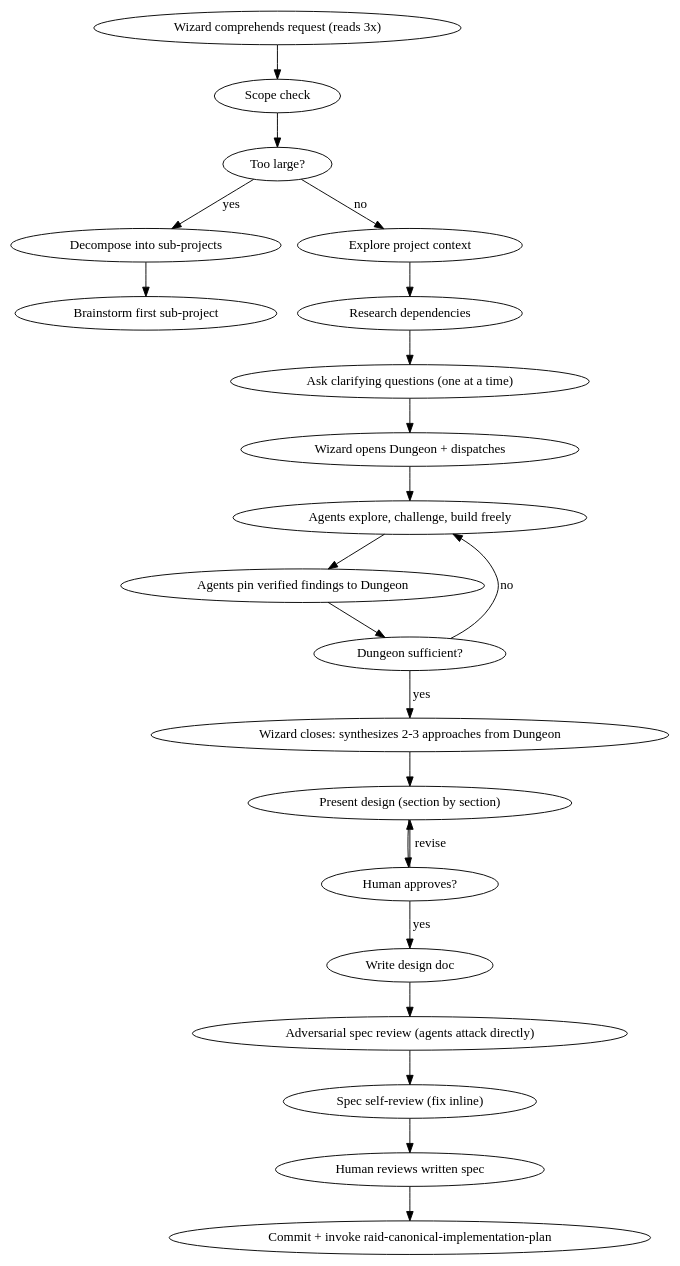
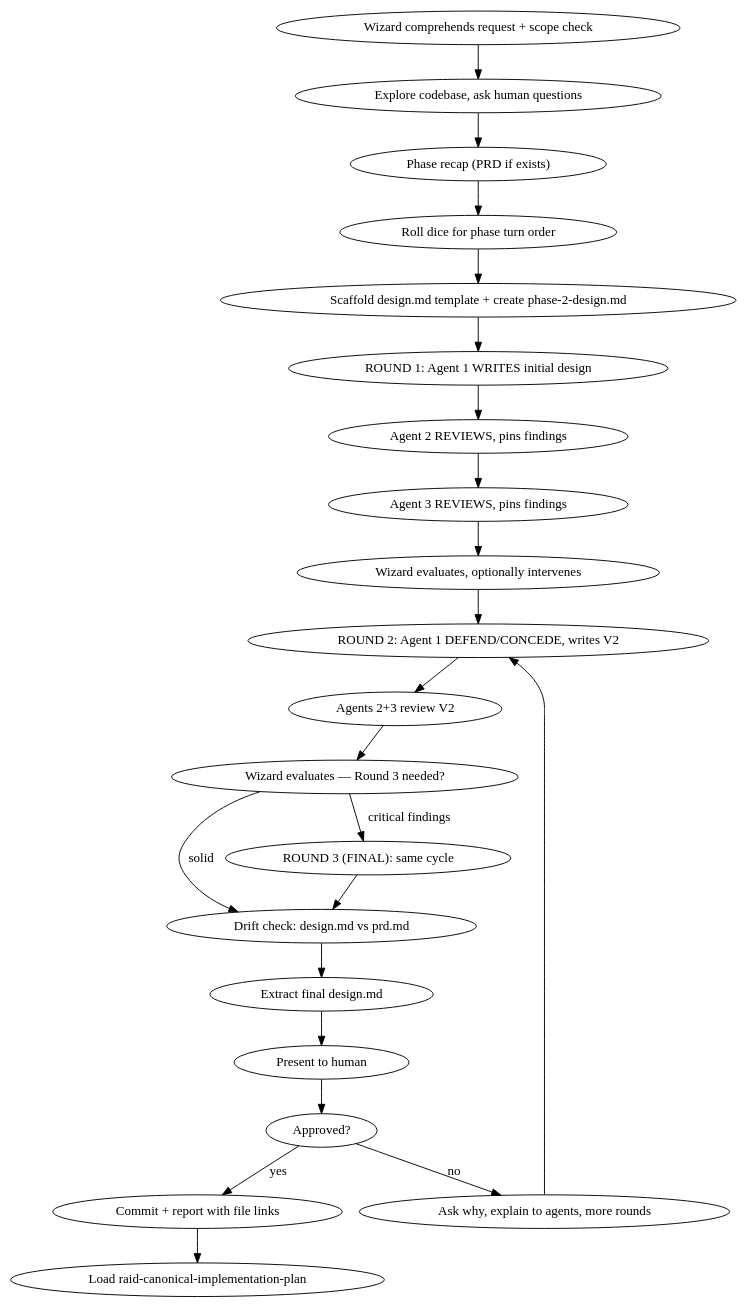
One commit to pedropicardi/claude-raid changed the diagram in template/.claude/skills/raid-canonical-design/SKILL.md. Above: the diagram before and after it, drawn with Graphviz. The commit also changed other lines of this file and 1 other file, not shown here.

Commit message:
feat(skills): update PRD and Design paths to phases/ and spoils/

````diff
--- a/template/.claude/skills/raid-canonical-design/SKILL.md
+++ b/template/.claude/skills/raid-canonical-design/SKILL.md
@@ -28,25 +22,24 @@
 ```dot
 digraph design {
-  "Wizard comprehends request (reads 3x)" -> "Scope check";
-  "Scope check" -> "Too large?" [shape=diamond];
-  "Too large?" -> "Decompose into sub-projects" [label="yes"];
-  "Decompose into sub-projects" -> "Brainstorm first sub-project";
-  "Too large?" -> "Explore project context" [label="no"];
-  "Explore project context" -> "Research dependencies";
-  "Research dependencies" -> "Ask clarifying questions (one at a time)";
-  "Ask clarifying questions (one at a time)" -> "Wizard opens Dungeon + dispatches";
-  "Wizard opens Dungeon + dispatches" -> "Agents explore, challenge, build freely";
-  "Agents explore, challenge, build freely" -> "Agents pin verified findings to Dungeon";
-  "Agents pin verified findings to Dungeon" -> "Dungeon sufficient?" [shape=diamond];
-  "Dungeon sufficient?" -> "Agents explore, challenge, build freely" [label="no"];
-  "Dungeon sufficient?" -> "Wizard closes: synthesizes 2-3 approaches from Dungeon" [label="yes"];
-  "Wizard closes: synthesizes 2-3 approaches from Dungeon" -> "Present design (section by section)";
-  "Present design (section by section)" -> "Human approves?" [shape=diamond];
-  "Human approves?" -> "Present design (section by section)" [label="revise"];
-  "Human approves?" -> "Write design doc" [label="yes"];
-  "Write design doc" -> "Adversarial spec review (agents attack directly)";
-  "Adversarial spec review (agents attack directly)" -> "Spec self-review (fix inline)";
-  "Spec self-review (fix inline)" -> "Human reviews written spec";
-  "Human reviews written spec" -> "Commit + invoke raid-canonical-implementation-plan" [shape=doublecircle];
+  "Wizard comprehends request + scope check" -> "Explore codebase, ask human questions";
+  "Explore codebase, ask human questions" -> "Phase recap (PRD if exists)";
+  "Phase recap (PRD if exists)" -> "Roll dice for phase turn order";
+  "Roll dice for phase turn order" -> "Scaffold design.md template + create phase-2-design.md";
+  "Scaffold design.md template + create phase-2-design.md" -> "ROUND 1: Agent 1 WRITES initial design";
+  "ROUND 1: Agent 1 WRITES initial design" -> "Agent 2 REVIEWS, pins findings";
+  "Agent 2 REVIEWS, pins findings" -> "Agent 3 REVIEWS, pins findings";
+  "Agent 3 REVIEWS, pins findings" -> "Wizard evaluates, optionally intervenes";
+  "Wizard evaluates, optionally intervenes" -> "ROUND 2: Agent 1 DEFEND/CONCEDE, writes V2";
+  "ROUND 2: Agent 1 DEFEND/CONCEDE, writes V2" -> "Agents 2+3 review V2";
+  "Agents 2+3 review V2" -> "Wizard evaluates — Round 3 needed?" [shape=diamond];
+  "Wizard evaluates — Round 3 needed?" -> "ROUND 3 (FINAL): same cycle" [label="critical findings"];
+  "Wizard evaluates — Round 3 needed?" -> "Drift check: design.md vs prd.md" [label="solid"];
+  "ROUND 3 (FINAL): same cycle" -> "Drift check: design.md vs prd.md";
+  "Drift check: design.md vs prd.md" -> "Extract final design.md";
+  "Extract final design.md" -> "Present to human" -> "Approved?" [shape=diamond];
+  "Approved?" -> "Ask why, explain to agents, more rounds" [label="no"];
+  "Ask why, explain to agents, more rounds" -> "ROUND 2: Agent 1 DEFEND/CONCEDE, writes V2";
+  "Approved?" -> "Commit + report with file links" [label="yes"];
+  "Commit + report with file links" -> "Load raid-canonical-implementation-plan" [shape=doublecircle];
 }
 ```
````
